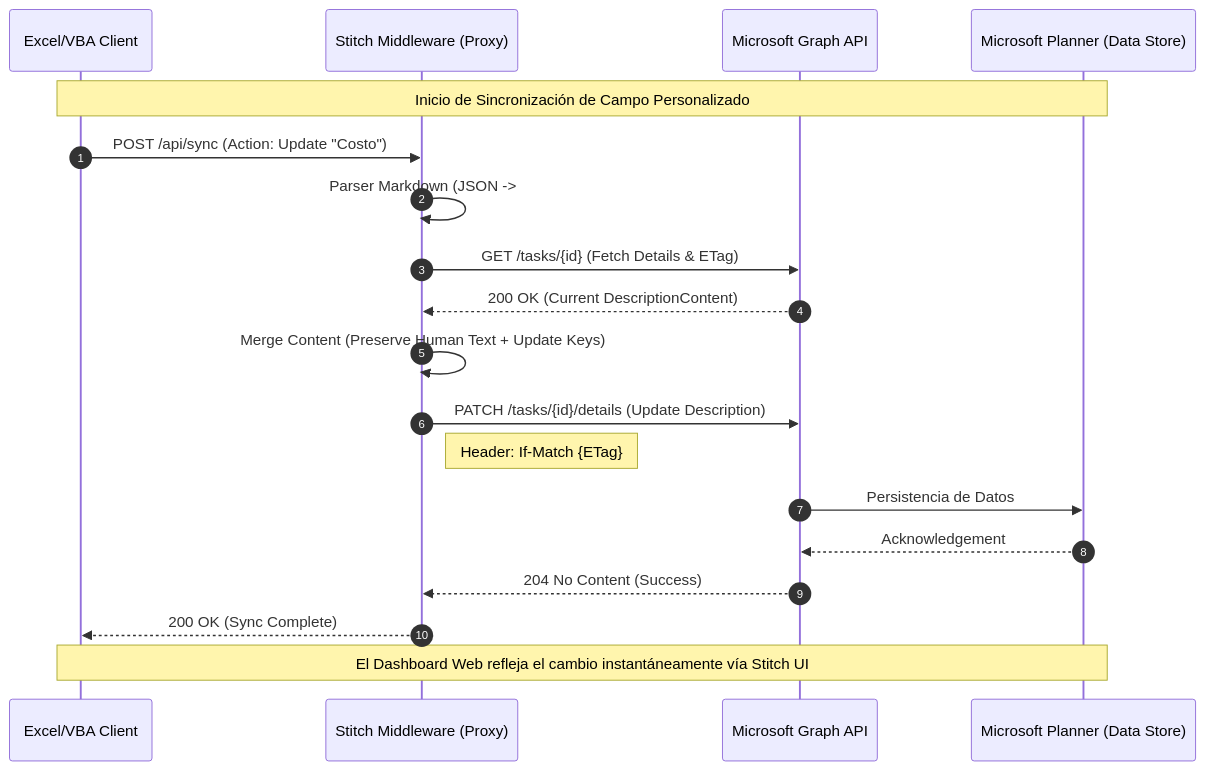
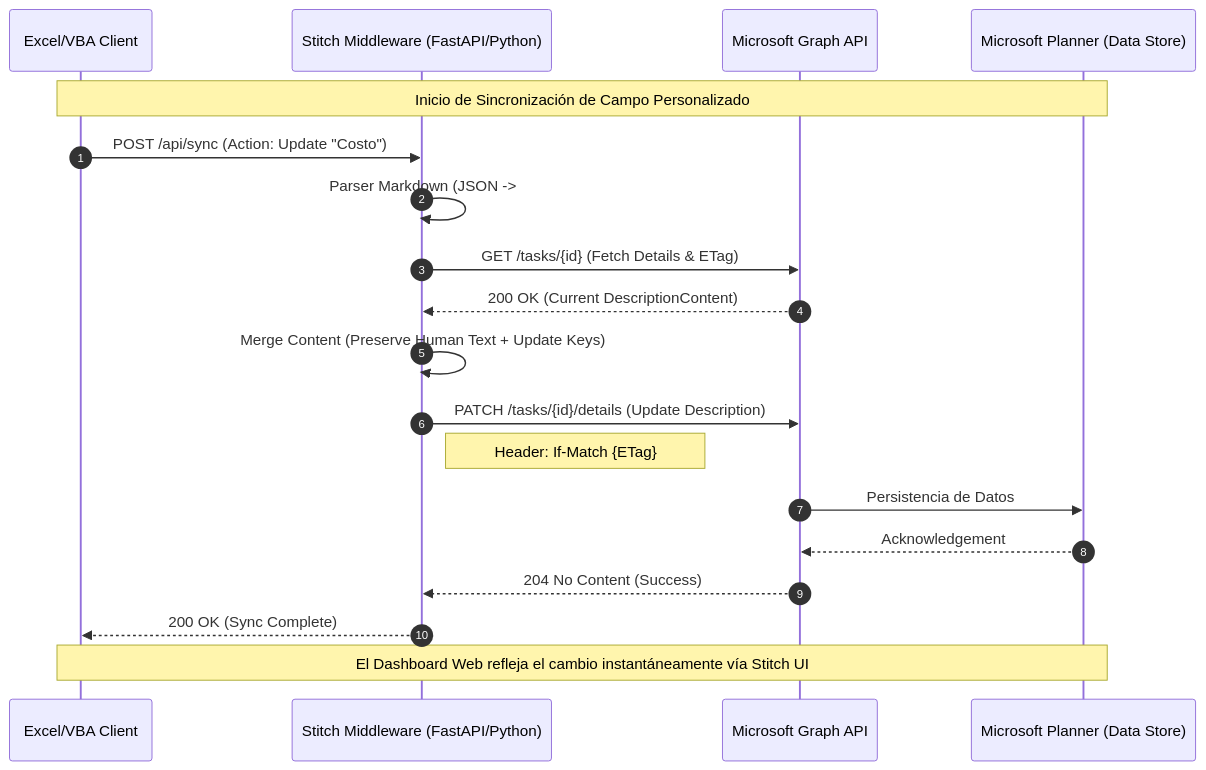
One commit to daroMR/CRUD-Planner changed the diagram in docs/pilar2-flujo-datos.md. Above: the diagram before and after it, drawn with Mermaid. The commit also changed 4 other files, not shown here.

Commit message:
feat: scientific-grade middleware with FastAPI, React Stitch UI, and documentation sync

````diff
--- a/docs/pilar2-flujo-datos.md
+++ b/docs/pilar2-flujo-datos.md
@@ -7,29 +7,29 @@
 ```mermaid
 sequenceDiagram
     autonumber
     participant VBA as Excel/VBA Client
-    participant MW as Stitch Middleware (Proxy)
+    participant MW as Stitch Middleware (FastAPI/Python)
     participant Graph as Microsoft Graph API
     participant Planner as Microsoft Planner (Data Store)
 
     Note over VBA, Planner: Inicio de Sincronización de Campo Personalizado
 
     VBA->>MW: POST /api/sync (Action: Update "Costo")
     MW->>MW: Parser Markdown (JSON -> ## Costo\nValue)
     
     MW->>Graph: GET /tasks/{id} (Fetch Details & ETag)
     Graph-->>MW: 200 OK (Current DescriptionContent)
     
     MW->>MW: Merge Content (Preserve Human Text + Update Keys)
     
     MW->>Graph: PATCH /tasks/{id}/details (Update Description)
     Note right of MW: Header: If-Match {ETag}
     
     Graph->>Planner: Persistencia de Datos
     Planner-->>Graph: Acknowledgement
     Graph-->>MW: 204 No Content (Success)
     
     MW-->>VBA: 200 OK (Sync Complete)
     
     Note over VBA, Planner: El Dashboard Web refleja el cambio instantáneamente vía Stitch UI
 ```
````
